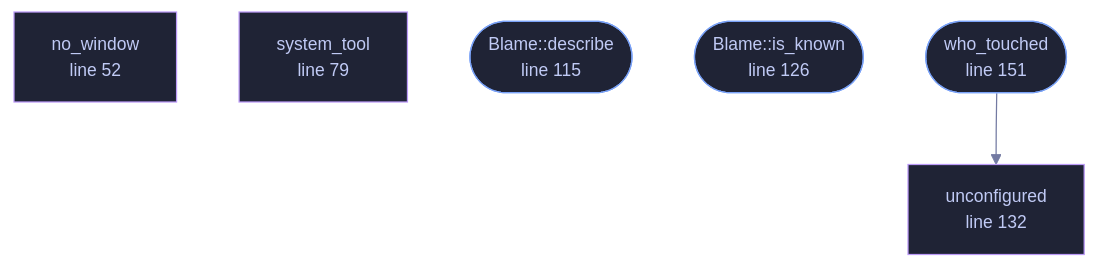
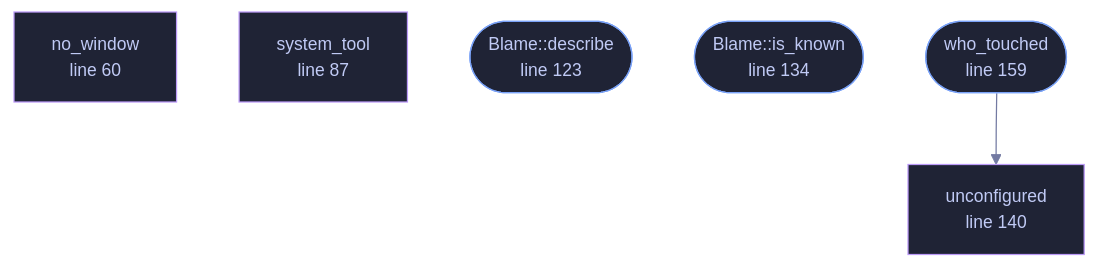
One commit to tilas01/veilvoice changed the diagram in docs/files/veilvoice-guard/blame.md. Above: the diagram before and after it, drawn with Mermaid. The commit also changed other lines of this file and 487 other files, not shown here.

````diff
--- a/docs/files/veilvoice-guard/blame.md
+++ b/docs/files/veilvoice-guard/blame.md
@@ -86,21 +95,21 @@
 ```mermaid
 %%{init: {"theme":"base","themeVariables":{"background":"#1a1b26","primaryColor":"#1f2335","primaryTextColor":"#c0caf5","primaryBorderColor":"#7aa2f7","secondaryColor":"#16161e","tertiaryColor":"#16161e","lineColor":"#737aa2","textColor":"#c0caf5","mainBkg":"#1f2335","nodeBorder":"#7aa2f7","clusterBkg":"#16161e","clusterBorder":"#2f3549","fontFamily":"ui-monospace, SFMono-Regular, Consolas, monospace","fontSize":"14px"}}}%%
 flowchart TD
-    n_no_window["no_window<br/>line 52"]
-    n_system_tool["system_tool<br/>line 79"]
-    n_describe(["Blame::describe<br/>line 115"])
-    n_is_known(["Blame::is_known<br/>line 126"])
-    n_unconfigured["unconfigured<br/>line 132"]
-    n_who_touched(["who_touched<br/>line 151"])
+    n_no_window["no_window<br/>line 60"]
+    n_system_tool["system_tool<br/>line 87"]
+    n_describe(["Blame::describe<br/>line 123"])
+    n_is_known(["Blame::is_known<br/>line 134"])
+    n_unconfigured["unconfigured<br/>line 140"]
+    n_who_touched(["who_touched<br/>line 159"])
     n_who_touched --> n_unconfigured
-    click n_no_window href "https://github.com/tilas01/veilvoice/blob/main/crates/veilvoice-guard/src/blame.rs#L52" "open the source"
-    click n_system_tool href "https://github.com/tilas01/veilvoice/blob/main/crates/veilvoice-guard/src/blame.rs#L79" "open the source"
-    click n_describe href "https://github.com/tilas01/veilvoice/blob/main/crates/veilvoice-guard/src/blame.rs#L115" "open the source"
-    click n_is_known href "https://github.com/tilas01/veilvoice/blob/main/crates/veilvoice-guard/src/blame.rs#L126" "open the source"
-    click n_unconfigured href "https://github.com/tilas01/veilvoice/blob/main/crates/veilvoice-guard/src/blame.rs#L132" "open the source"
-    click n_who_touched href "https://github.com/tilas01/veilvoice/blob/main/crates/veilvoice-guard/src/blame.rs#L151" "open the source"
+    click n_no_window href "https://github.com/tilas01/veilvoice/blob/main/crates/veilvoice-guard/src/blame.rs#L60" "open the source"
+    click n_system_tool href "https://github.com/tilas01/veilvoice/blob/main/crates/veilvoice-guard/src/blame.rs#L87" "open the source"
+    click n_describe href "https://github.com/tilas01/veilvoice/blob/main/crates/veilvoice-guard/src/blame.rs#L123" "open the source"
+    click n_is_known href "https://github.com/tilas01/veilvoice/blob/main/crates/veilvoice-guard/src/blame.rs#L134" "open the source"
+    click n_unconfigured href "https://github.com/tilas01/veilvoice/blob/main/crates/veilvoice-guard/src/blame.rs#L140" "open the source"
+    click n_who_touched href "https://github.com/tilas01/veilvoice/blob/main/crates/veilvoice-guard/src/blame.rs#L159" "open the source"
     classDef entry fill:#1f2335,stroke:#7aa2f7,color:#c0caf5
     class n_describe,n_is_known,n_who_touched entry
     classDef helper fill:#1f2335,stroke:#bb9af7,color:#c0caf5
     class n_no_window,n_system_tool,n_unconfigured helper
 ```
````
